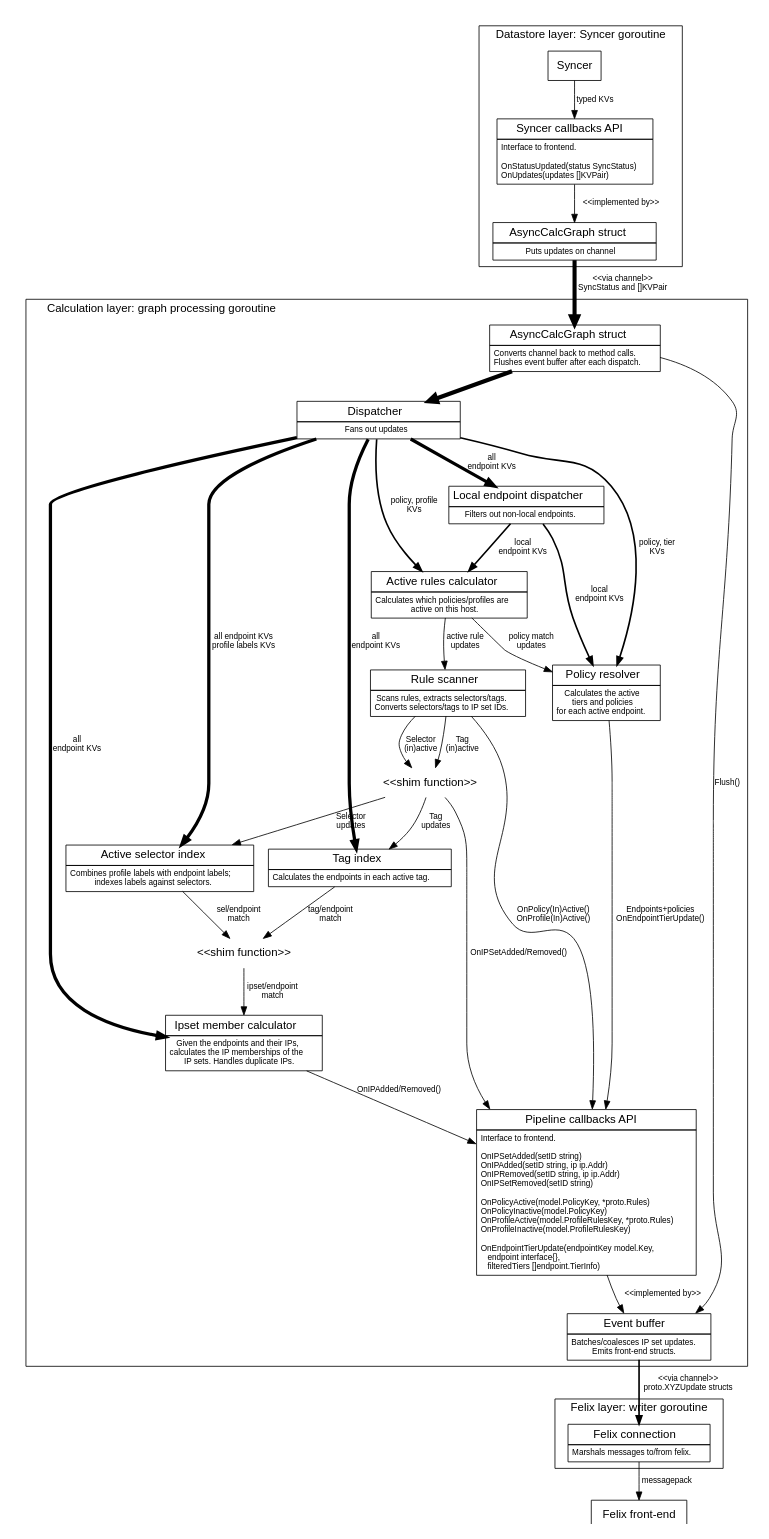
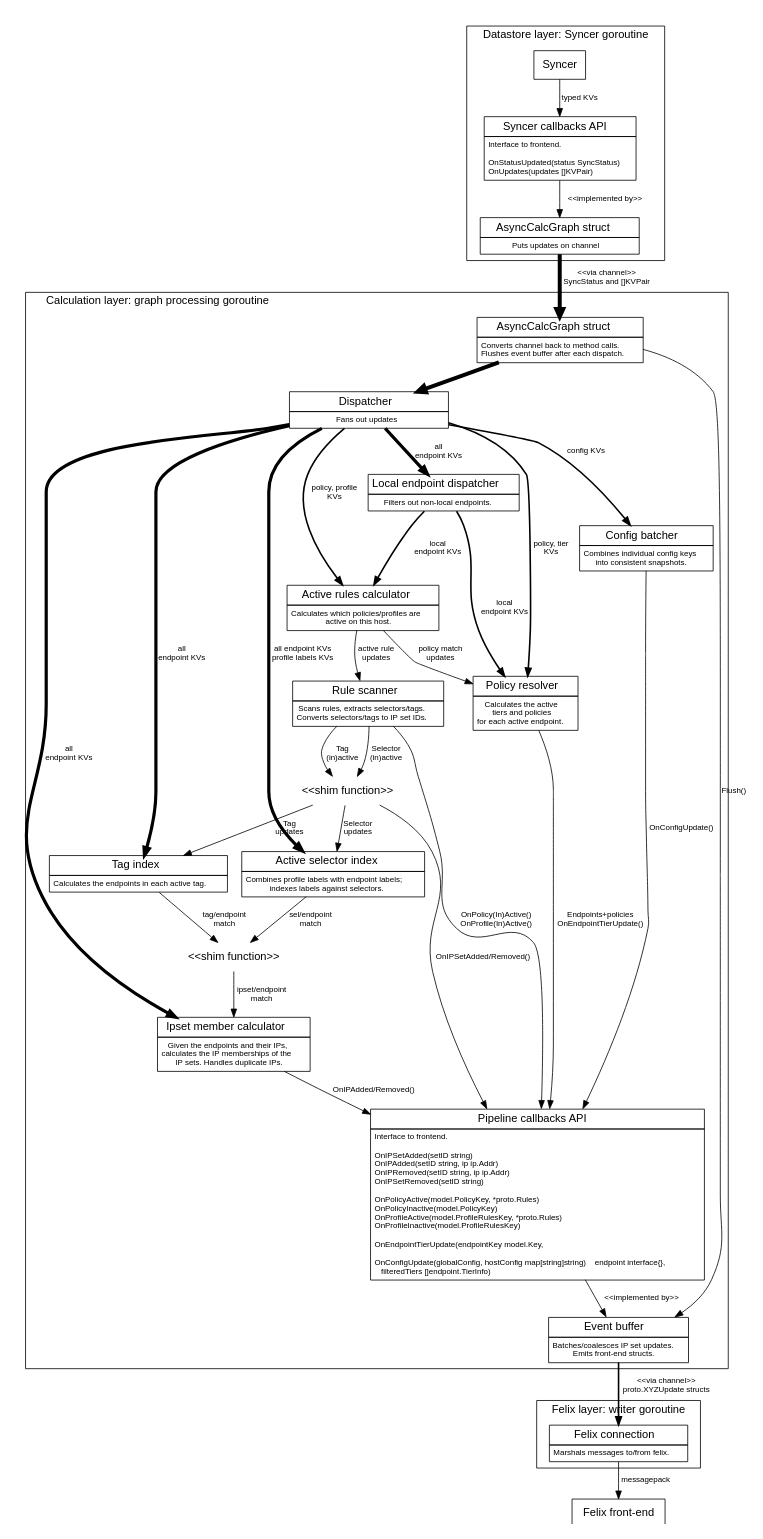
One commit to projectcalico/libcalico-go changed the diagram in doc/calc.dot. Above: the diagram before and after it, drawn with Graphviz. The commit also changed 6 other files, not shown here.

Commit message:
Move config batching into calculation graph.

```diff
--- a/doc/calc.dot
+++ b/doc/calc.dot
@@ -1,165 +1,175 @@
 digraph G {
 size="7.5,10"
 labeljust="l"
 fontname=Helvetica;
 node [fontname=Helvetica]
 edge [fontname=Helvetica,fontsize=10]
 
     subgraph cluster0 {
     label="Datastore layer: Syncer goroutine";
 
         Syncer [shape=box]
 
         Syncer -> SyncerCallbacks [label="typed KVs"]
 
         SyncerCallbacks [label=<<table BORDER="0" CELLBORDER="1" CELLSPACING="0" CELLPADDING="4">
           <tr><td><font point-size="14">Syncer callbacks API</font></td></tr>
           <tr><td align="left"><font point-size="10">Interface to frontend.<BR ALIGN="LEFT"/>
 <BR ALIGN="LEFT"/>
 OnStatusUpdated(status SyncStatus)<BR ALIGN="LEFT"/>
 OnUpdates(updates []KVPair)<BR ALIGN="LEFT"/>
 </font></td></tr>
         </table>>, shape=none, margin=0];
 
         SyncerCallbacks -> AsyncCalcGraph [label="<<implemented by>>"]
     }
 
     AsyncCalcGraph [label=<<table BORDER="0" CELLBORDER="1" CELLSPACING="0" CELLPADDING="4">
       <tr><td WIDTH="200"><font point-size="14" >AsyncCalcGraph struct</font></td></tr>
       <tr><td><font point-size="10">Puts updates on channel</font></td></tr>
     </table>>, shape=none, margin=0]
     AsyncCalcGraph -> AsyncCalcGraph2 [label="<<via channel>>\nSyncStatus and []KVPair", penwidth=5]
 
     subgraph cluster1 {
     label="Calculation layer: graph processing goroutine";
 
         AsyncCalcGraph2 [label=<<table BORDER="0" CELLBORDER="1" CELLSPACING="0" CELLPADDING="4">
           <tr><td WIDTH="200"><font point-size="14" >AsyncCalcGraph struct</font></td></tr>
           <tr><td><font point-size="10">Converts channel back to method calls.<BR ALIGN="LEFT"/>Flushes event buffer after each dispatch.</font></td></tr>
         </table>>, shape=none, margin=0]
         AsyncCalcGraph2 -> Dispatcher [penwidth=5]
         AsyncCalcGraph2 -> EventBuffer [label="Flush()"]
 
         subgraph {
             /* Put some padding either side of the Dispatcher. */
             rank=same; nodepadding1; Dispatcher; nodepadding2;
             nodepadding1 [style=invisible,fixedsize=true,width=4]
             nodepadding2 [style=invisible,fixedsize=true,width=4]
             nodepadding1 -> Dispatcher [style=invis];
             Dispatcher -> nodepadding2 [style=invis];
         }
 
         Dispatcher [label=<<table BORDER="0" CELLBORDER="1" CELLSPACING="0" CELLPADDING="4">
           <tr><td WIDTH="200"><font point-size="14" >Dispatcher</font></td></tr>
           <tr><td><font point-size="10">Fans out updates</font></td></tr>
         </table>>, shape=none, margin=0]
         Dispatcher -> PolicyResolver [label="policy, tier\nKVs", penwidth=2]
         Dispatcher -> ActiveRulesCalc [label="policy, profile\nKVs", penwidth=2]
         Dispatcher -> ActiveSelIdx [label="all endpoint KVs\nprofile labels KVs", penwidth=4]
 
         Dispatcher -> LocalDispatcher [label="all\nendpoint KVs", penwidth=4];
         Dispatcher -> TagIndex [label="all\nendpoint KVs", penwidth=4];
         Dispatcher -> MemberCalc [label="all\nendpoint KVs", penwidth=4];
+        Dispatcher -> ConfigBatcher [label="config KVs", penwidth=2];
 
 
         LocalDispatcher [label=<<table BORDER="0" CELLBORDER="1" CELLSPACING="0" CELLPADDING="4">
           <tr><td><font point-size="14">Local endpoint dispatcher</font></td></tr>
           <tr><td><font point-size="10">Filters out non-local endpoints.</font></td></tr>
         </table>>, shape=none, margin=0]
         LocalDispatcher -> ActiveRulesCalc [label="local\nendpoint KVs", penwidth=2];
         LocalDispatcher -> PolicyResolver [label="local\nendpoint KVs", penwidth=2]
+
+        ConfigBatcher [label=<<table BORDER="0" CELLBORDER="1" CELLSPACING="0" CELLPADDING="4">
+          <tr><td><font point-size="14">Config batcher</font></td></tr>
+          <tr><td><font point-size="10">Combines individual config keys<BR ALIGN="LEFT"
+                  />into consistent snapshots.</font></td></tr>
+        </table>>, shape=none, margin=0]
+        ConfigBatcher -> PipelineCallbacks [label="OnConfigUpdate()"]
 
         ActiveRulesCalc [label=<<table BORDER="0" CELLBORDER="1" CELLSPACING="0" CELLPADDING="4">
           <tr><td><font point-size="14">Active rules calculator</font></td></tr>
           <tr><td><font point-size="10">Calculates which policies/profiles are<br/>active on this host.</font></td></tr>
         </table>>, shape=none, margin=0];
         ActiveRulesCalc -> RuleScanner [label="active rule\nupdates"];
         ActiveRulesCalc -> PolicyResolver [label="policy match\nupdates"];
 
         ActiveSelIdx [label=<<table BORDER="0" CELLBORDER="1" CELLSPACING="0" CELLPADDING="4">
           <tr><td><font point-size="14">Active selector index</font></td></tr>
           <tr><td><font point-size="10">Combines profile labels with endpoint labels;<br/>indexes labels against selectors.</font></td></tr>
         </table>>, shape=none, margin=0];
         "<<shim function>>" [shape=none]
         ActiveSelIdx -> "<<shim function>>" [label="sel/endpoint\nmatch"];
 
         RuleScanner [label=<<table BORDER="0" CELLBORDER="1" CELLSPACING="0" CELLPADDING="4">
           <tr><td><font point-size="14">Rule scanner</font></td></tr>
           <tr><td><font point-size="10">Scans rules, extracts selectors/tags.<br/>Converts selectors/tags to IP set IDs.</font></td></tr>
         </table>>, shape=none, margin=0];
 
         PolicyResolver [label=<<table BORDER="0" CELLBORDER="1" CELLSPACING="0" CELLPADDING="4">
           <tr><td><font point-size="14">Policy resolver</font></td></tr>
           <tr><td><font point-size="10">Calculates the active<br/>tiers and policies<br/>for each active endpoint.</font></td></tr>
         </table>>, shape=none, margin=0];
 
 
         TagIndex [label=<<table BORDER="0" CELLBORDER="1" CELLSPACING="0" CELLPADDING="4">
           <tr><td><font point-size="14">Tag index</font></td></tr>
           <tr><td><font point-size="10">Calculates the endpoints in each active tag.</font></td></tr>
         </table>>, shape=none, margin=0];
 
         TagIndex -> "<<shim function>>" [label="tag/endpoint\nmatch"];
         "<<shim function>>" -> MemberCalc [label="ipset/endpoint\nmatch"];
 
         MemberCalc [label=<<table BORDER="0" CELLBORDER="1" CELLSPACING="0" CELLPADDING="4">
           <tr><td><font point-size="14">Ipset member calculator</font></td></tr>
           <tr><td><font point-size="10">Given the endpoints and their IPs,<br/>calculates the IP memberships of the<br/>IP sets. Handles duplicate IPs.</font></td></tr>
         </table>>, shape=none, margin=0];
 
 
         RuleScanner -> PipelineCallbacks [label="OnPolicy(In)Active()\nOnProfile(In)Active()"];
 
         RuleScannerShim [label="<<shim function>>", shape=none]
         RuleScanner -> RuleScannerShim [label="Selector\n(in)active"];
         RuleScannerShim -> ActiveSelIdx [label="Selector\nupdates"]
         RuleScannerShim -> PipelineCallbacks [label="OnIPSetAdded/Removed()"];
 
         RuleScanner -> RuleScannerShim [label="Tag\n(in)active"];
         RuleScannerShim -> TagIndex [label="Tag\nupdates"]
 
 
         MemberCalc -> PipelineCallbacks [label="OnIPAdded/Removed()"];
         PolicyResolver -> PipelineCallbacks [label="Endpoints+policies\nOnEndpointTierUpdate()"];
 
         PipelineCallbacks [label=<<table BORDER="0" CELLBORDER="1" CELLSPACING="0" CELLPADDING="4">
           <tr><td><font point-size="14">Pipeline callbacks API</font></td></tr>
           <tr><td align="left"><font point-size="10">Interface to frontend.<BR ALIGN="LEFT"/>
 <BR ALIGN="LEFT"/>
 OnIPSetAdded(setID string)<BR ALIGN="LEFT"/>
 OnIPAdded(setID string, ip ip.Addr)<BR ALIGN="LEFT"/>
 OnIPRemoved(setID string, ip ip.Addr)<BR ALIGN="LEFT"/>
 OnIPSetRemoved(setID string)<BR ALIGN="LEFT"/>
 <BR ALIGN="LEFT"/>
 OnPolicyActive(model.PolicyKey, *proto.Rules)<BR ALIGN="LEFT"/>
 OnPolicyInactive(model.PolicyKey)<BR ALIGN="LEFT"/>
 OnProfileActive(model.ProfileRulesKey, *proto.Rules)<BR ALIGN="LEFT"/>
 OnProfileInactive(model.ProfileRulesKey)<BR ALIGN="LEFT"/>
 <BR ALIGN="LEFT"/>
 OnEndpointTierUpdate(endpointKey model.Key,<BR ALIGN="LEFT"/>
+<BR ALIGN="LEFT"/>
+OnConfigUpdate(globalConfig, hostConfig map[string]string)
     endpoint interface{},<BR ALIGN="LEFT"/>
     filteredTiers []endpoint.TierInfo)<BR ALIGN="LEFT"/>
 </font></td></tr>
         </table>>, shape=none, margin=0];
 
         PipelineCallbacks -> EventBuffer [label="<<implemented by>>"]
 
         EventBuffer [label=<<table BORDER="0" CELLBORDER="1" CELLSPACING="0" CELLPADDING="4">
           <tr><td><font point-size="14">Event buffer</font></td></tr>
           <tr><td><font point-size="10">Batches/coalesces IP set updates.<BR ALIGN="LEFT"/>Emits front-end structs.</font></td></tr>
         </table>>, shape=none, margin=0];
     }
 
     subgraph cluster2 {
     label="Felix layer: writer goroutine";
         FelixConnection [label=<<table BORDER="0" CELLBORDER="1" CELLSPACING="0" CELLPADDING="4">
           <tr><td><font point-size="14">Felix connection</font></td></tr>
           <tr><td><font point-size="10">Marshals messages to/from felix.</font></td></tr>
         </table>>, shape=none, margin=0];
     }
 
 
     EventBuffer -> FelixConnection [label="<<via channel>>\nproto.XYZUpdate structs", penwidth=2]
     FelixConnection -> Felix [label="messagepack"];
     Felix [shape=box, label="Felix front-end"];
 }
```
